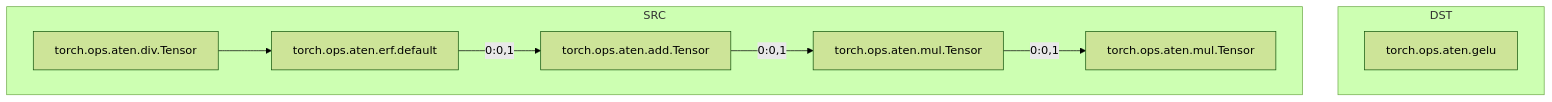
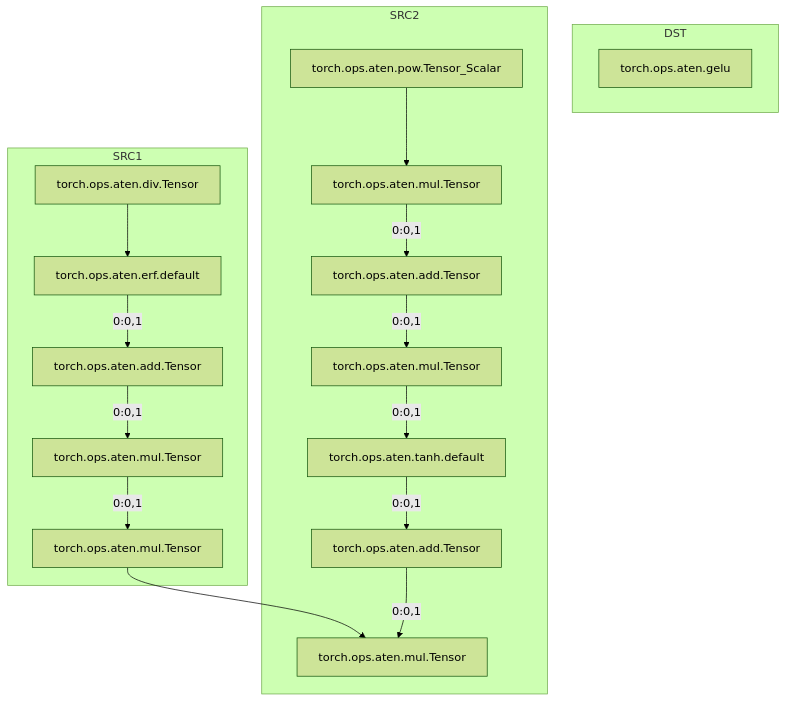
Before and after one commit to mingfa-w/xpu_graph: the diagram in xpu_graph/passes/patterns/common/gelu.md, drawn with Mermaid (forest theme). The commit also changed 20 other files, not shown here.

````diff
--- a/xpu_graph/passes/patterns/common/gelu.md
+++ b/xpu_graph/passes/patterns/common/gelu.md
@@ -2,12 +2,21 @@
 ```mermaid
 graph TD
 subgraph DST
     gelu[torch.ops.aten.gelu]
 end
-subgraph SRC
+subgraph SRC1
     div[torch.ops.aten.div.Tensor] --> erf[torch.ops.aten.erf.default]
     erf --> |0:0,1| add[torch.ops.aten.add.Tensor]
     add --> |0:0,1| mul[torch.ops.aten.mul.Tensor]
     mul --> |0:0,1| mul2[torch.ops.aten.mul.Tensor]
 end
+subgraph SRC2
+    mul2[torch.ops.aten.mul.Tensor] --> mul5[torch.ops.aten.mul.Tensor]
+    pow[torch.ops.aten.pow.Tensor_Scalar] --> mul3[torch.ops.aten.mul.Tensor]
+    mul3 --> |0:0,1| add2[torch.ops.aten.add.Tensor]
+    add2 --> |0:0,1| mul4[torch.ops.aten.mul.Tensor]
+    mul4 --> |0:0,1| tanh[torch.ops.aten.tanh.default]
+    tanh --> |0:0,1| add3[torch.ops.aten.add.Tensor]
+    add3 --> |0:0,1| mul5[torch.ops.aten.mul.Tensor]
+end
 ```
````
